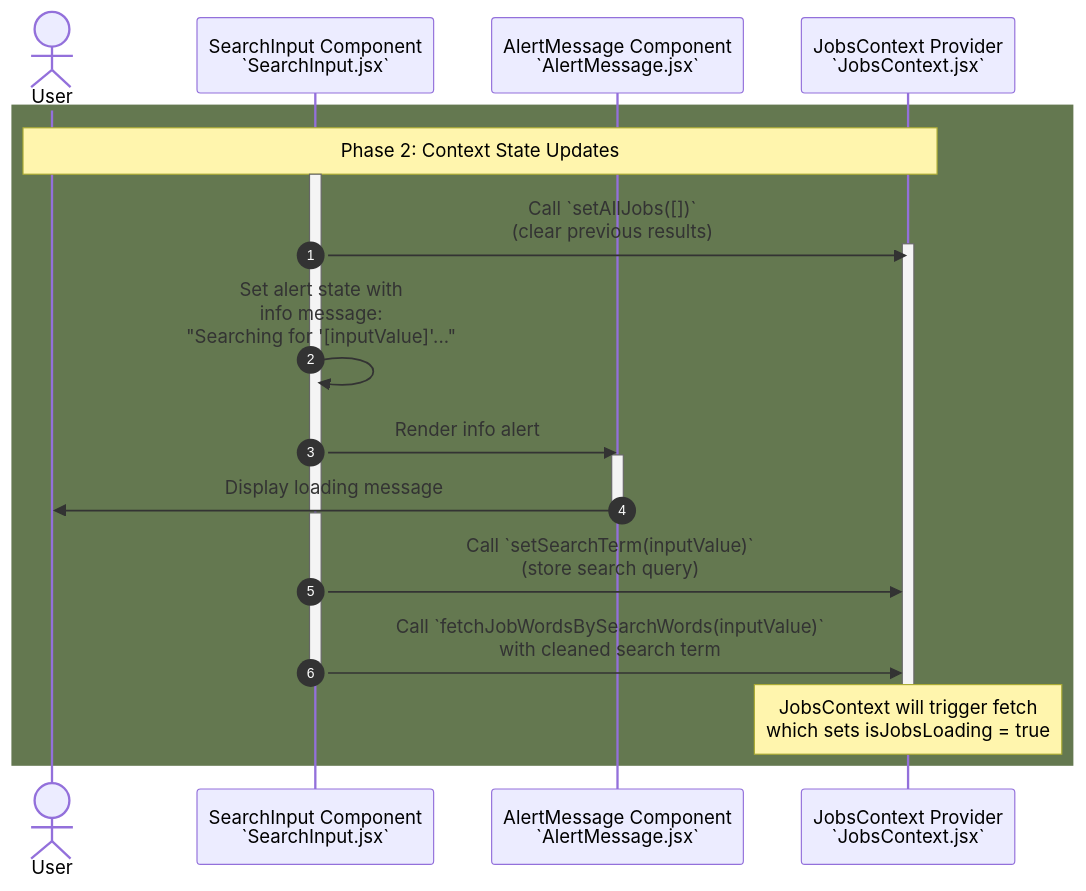
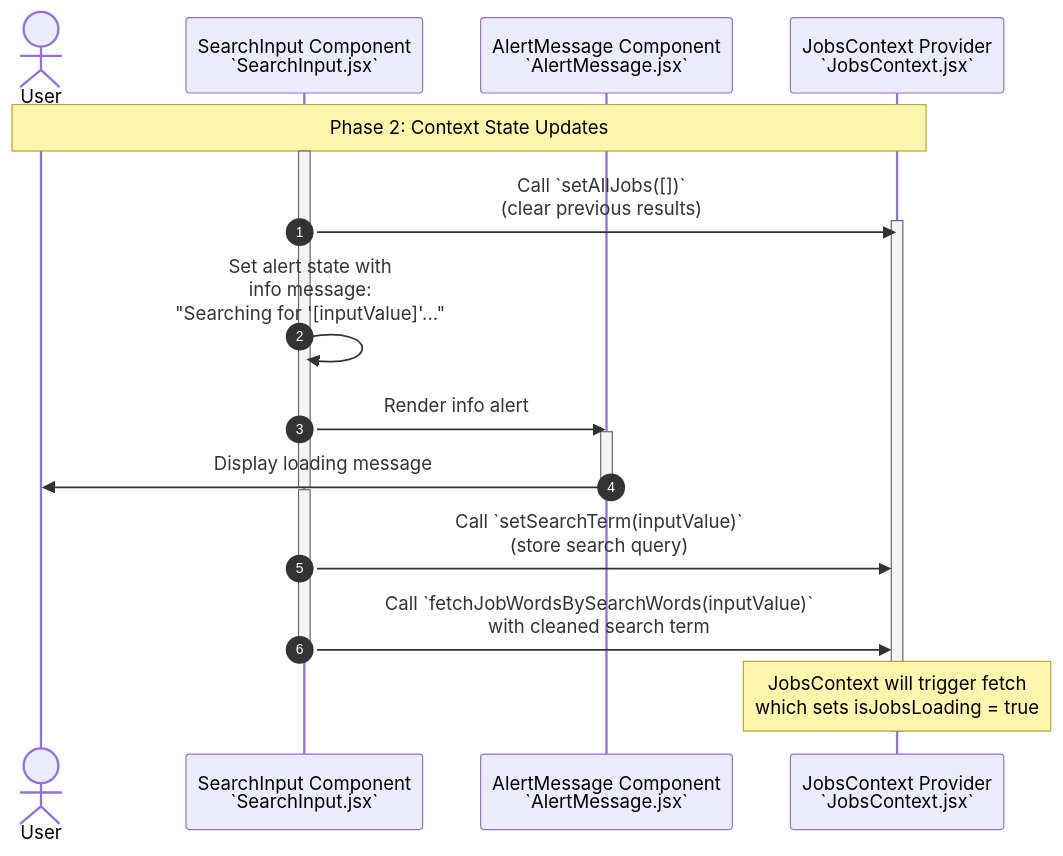
The diagram in documentation/jobFetch/2.Context State Updates.md (YahyaAl-Ademi/2025.10.23-JobCompass), drawn with Mermaid before and after one commit. The commit also changed other lines of this file and 5 other files, not shown here.

Commit message:
Update job fetch flowchart documentation to improve organization and clarity by removing unnecessary rectangles and ensuring consistent navigation links.

````diff
--- a/documentation/jobFetch/2.Context State Updates.md
+++ b/documentation/jobFetch/2.Context State Updates.md
@@ -1,35 +3,33 @@
 ```mermaid
 sequenceDiagram
     autonumber
     actor User
     participant SearchInput as SearchInput Component<br/>`SearchInput.jsx`
     participant AlertMessage as AlertMessage Component<br/>`AlertMessage.jsx`
     participant JobsContext as JobsContext Provider<br/>`JobsContext.jsx`
 
-    rect rgb(100, 120, 80)
     Note over User,JobsContext: Phase 2: Context State Updates
     activate SearchInput
     SearchInput->>JobsContext: Call `setAllJobs([])`<br/>(clear previous results)
     activate JobsContext
     deactivate SearchInput
 
     activate SearchInput
     SearchInput->>SearchInput: Set alert state with<br/>info message:<br/>"Searching for '[inputValue]'..."
     SearchInput->>AlertMessage: Render info alert
     activate AlertMessage
     AlertMessage->>User: Display loading message
     deactivate AlertMessage
     deactivate SearchInput
 
     activate SearchInput
     SearchInput->>JobsContext: Call `setSearchTerm(inputValue)`<br/>(store search query)
     deactivate SearchInput
 
     activate SearchInput
     SearchInput->>JobsContext: Call `fetchJobWordsBySearchWords(inputValue)`<br/>with cleaned search term
     deactivate SearchInput
 
     Note over JobsContext: JobsContext will trigger fetch<br/>which sets isJobsLoading = true
     deactivate JobsContext
-    end
 ```
````
